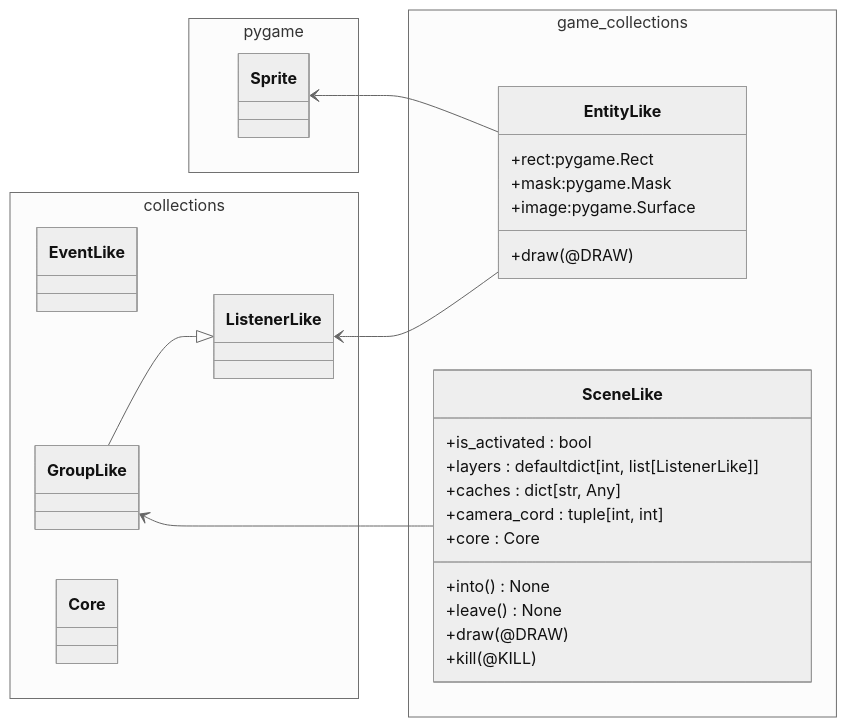
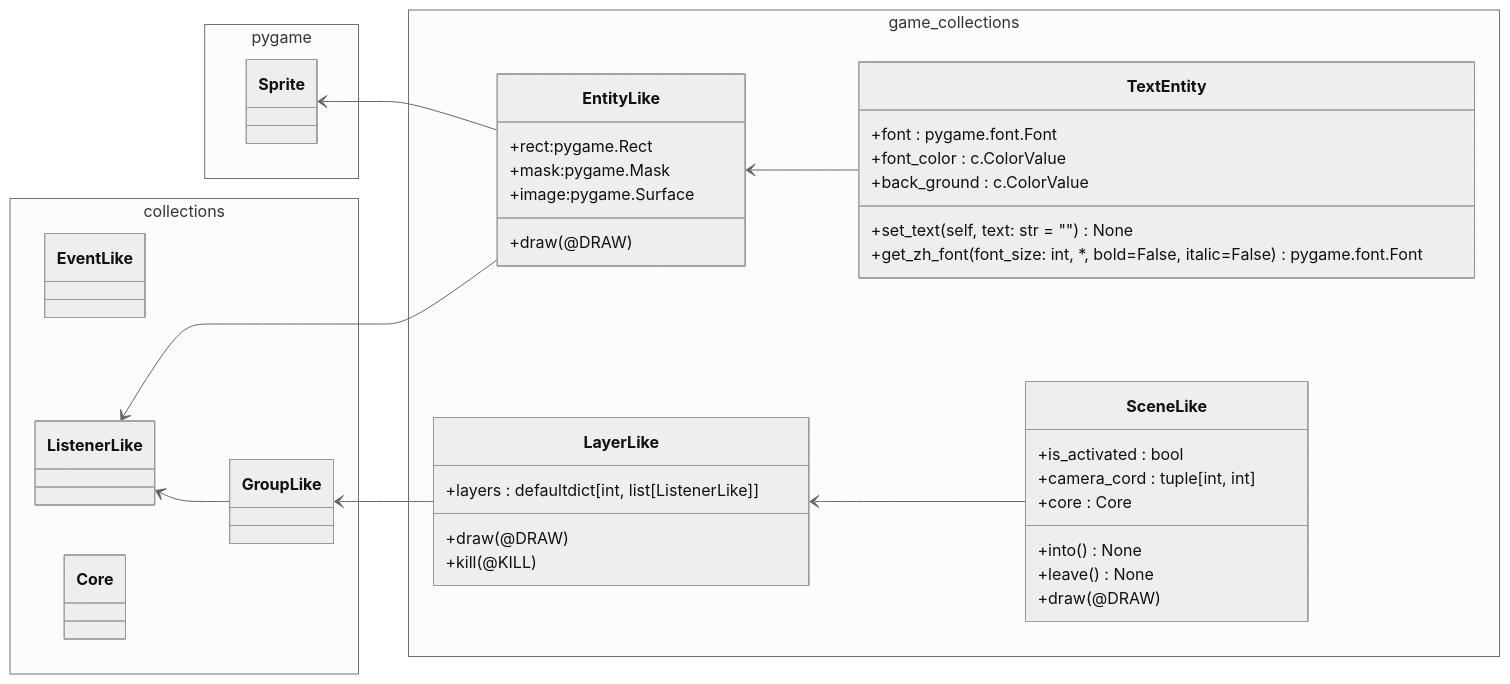
The fourth of 4 diagrams in baseline/README.md (teafrogsf/SI100B_DIE_Fall_2024_Repo), drawn with Mermaid (neutral theme) before and after one commit. The commit also changed other lines of this file and 7 other files, not shown here.

````diff
--- a/baseline/README.md
+++ b/baseline/README.md
@@ -188,45 +215,56 @@
 ```mermaid
 classDiagram
 direction RL
 namespace pygame {
 	class Sprite
 }
 
 namespace collections {
     class EventLike
 
     class ListenerLike
     
     class GroupLike
     
     class Core
 }
-ListenerLike <|-- GroupLike
-
+GroupLike --> ListenerLike
 
 namespace game_collections {
     class EntityLike {
         +rect:pygame.Rect
         +mask:pygame.Mask
         +image:pygame.Surface
         +draw(@DRAW)
     }
 
+    class TextEntity {
+        +font : pygame.font.Font
+        +font_color : c.ColorValue
+        +back_ground : c.ColorValue
+        +set_text(self, text: str = "") None
+        +get_zh_font(font_size: int, *, bold=False, italic=False) pygame.font.Font
+    }
+
+    class LayerLike {
+        +layers : defaultdict[int, list[ListenerLike]]
+        +draw(@DRAW)
+        +kill(@KILL)
+    }
 
     class SceneLike {
     	+is_activated : bool
-        +layers : defaultdict[int, list[ListenerLike]]
-        +caches : dict[str, Any]
         +camera_cord : tuple[int, int]
         +core : Core
         +into() None
         +leave() None
         +draw(@DRAW)
-        +kill(@KILL)
     }
     
 }
     EntityLike --> ListenerLike
     EntityLike --> Sprite
-    SceneLike --> GroupLike
+    LayerLike --> GroupLike
+    SceneLike --> LayerLike
+    TextEntity --> EntityLike
 ```
````
